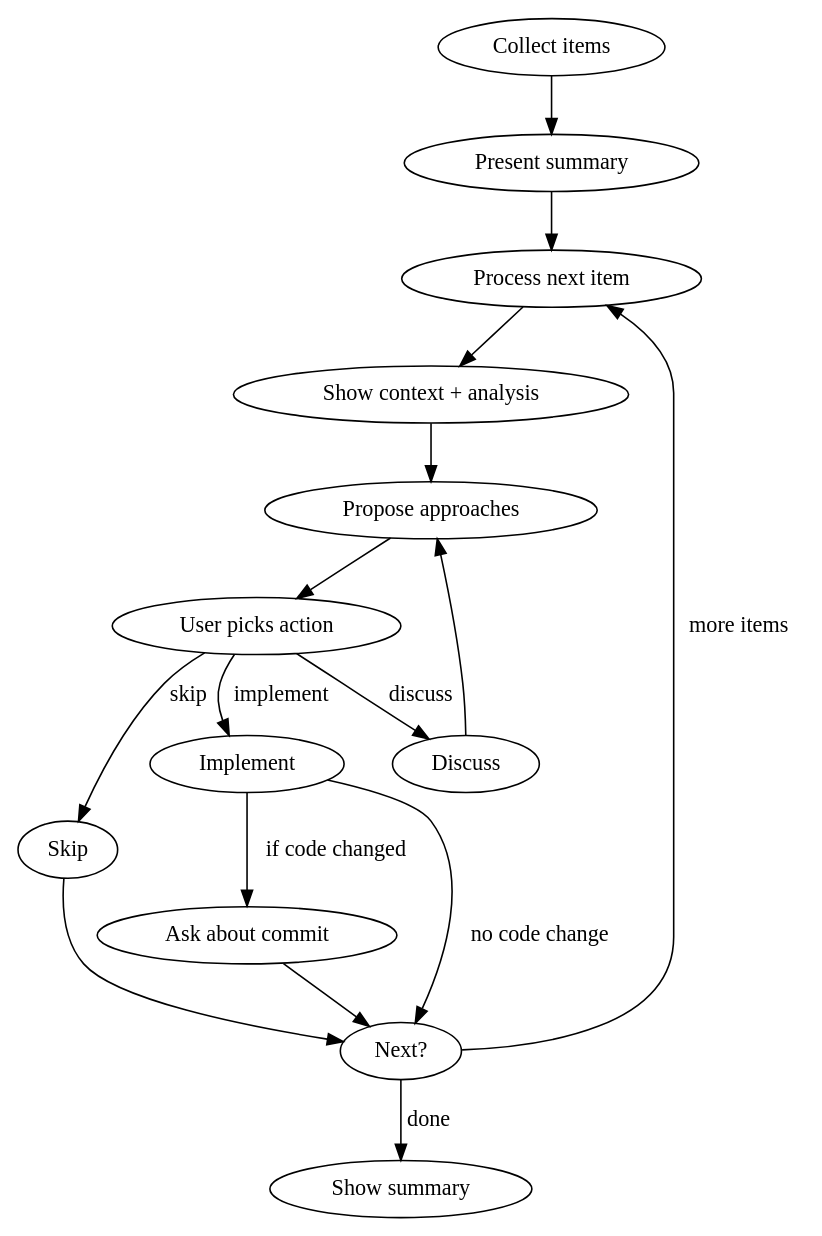
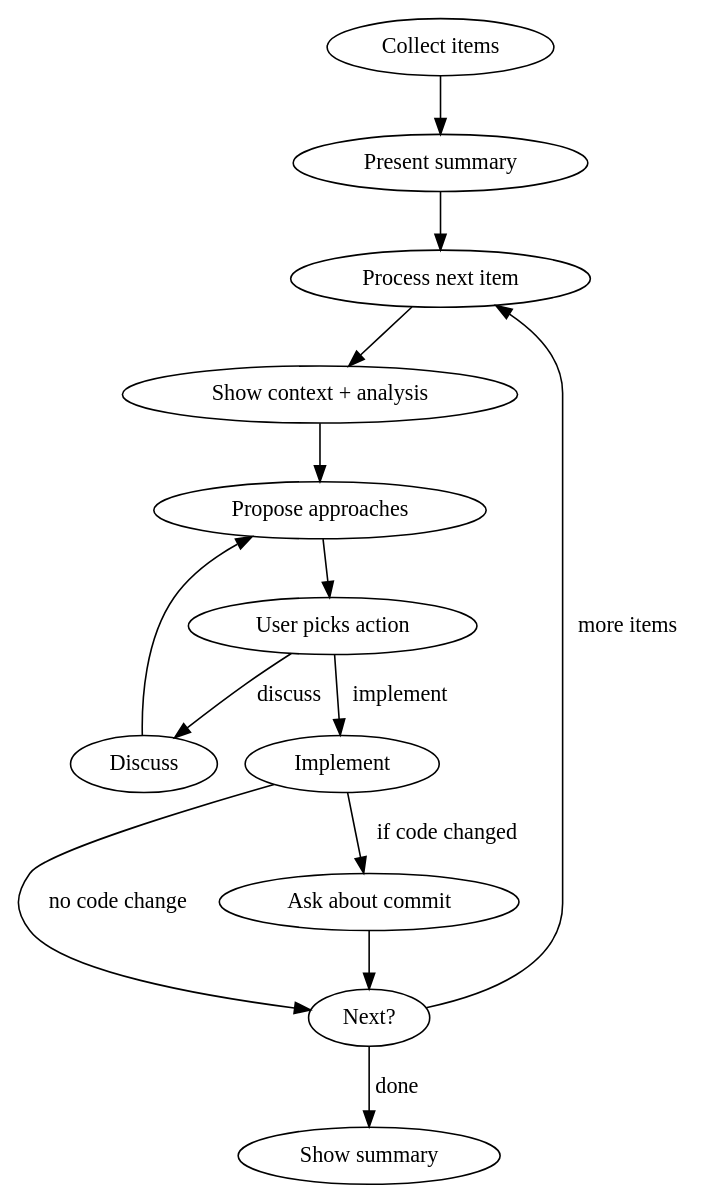
The diagram in address-issues/SKILL.md (EdoMon93/claude-skills), drawn with Graphviz before and after one commit. The commit also changed other lines of this file, not shown here.

````diff
--- a/address-issues/SKILL.md
+++ b/address-issues/SKILL.md
@@ -21,19 +14,17 @@
 ```dot
 digraph address_issues {
     "Collect items" -> "Present summary";
     "Present summary" -> "Process next item";
     "Process next item" -> "Show context + analysis";
     "Show context + analysis" -> "Propose approaches";
     "Propose approaches" -> "User picks action";
     "User picks action" -> "Discuss" [label="discuss"];
     "Discuss" -> "Propose approaches";
     "User picks action" -> "Implement" [label="implement"];
-    "User picks action" -> "Skip" [label="skip"];
     "Implement" -> "Ask about commit" [label="if code changed"];
     "Implement" -> "Next?" [label="no code change"];
     "Ask about commit" -> "Next?";
-    "Skip" -> "Next?";
     "Next?" -> "Process next item" [label="more items"];
     "Next?" -> "Show summary" [label="done"];
 }
 ```
````
